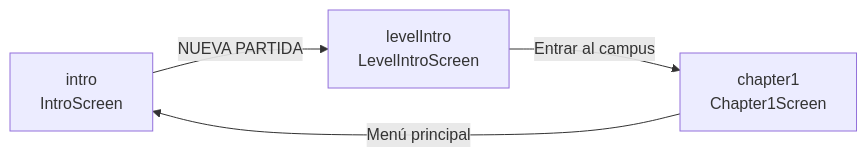
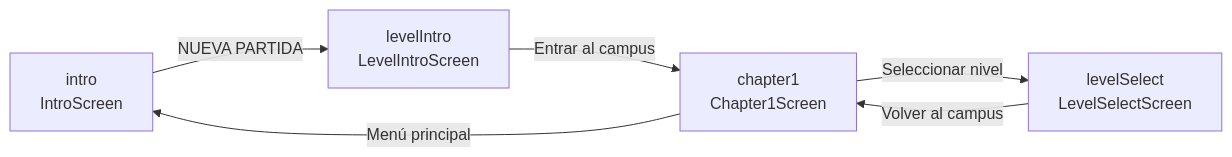
Before and after one commit to SantiagoBetancurZa/genially-game: the diagram in docs/screen-flow.md, drawn with Mermaid. The commit also changed other lines of this file and 20 other files, not shown here.

Commit message:
feat: level select screen, assets pipeline thumb-02 rename, public assets

````diff
--- a/docs/screen-flow.md
+++ b/docs/screen-flow.md
@@ -7,6 +7,8 @@
 ```mermaid
 graph LR
   intro[intro<br/>IntroScreen] -->|NUEVA PARTIDA| levelIntro[levelIntro<br/>LevelIntroScreen]
   levelIntro -->|Entrar al campus| chapter1[chapter1<br/>Chapter1Screen]
+  chapter1 -->|Seleccionar nivel| levelSelect[levelSelect<br/>LevelSelectScreen]
+  levelSelect -->|Volver al campus| chapter1
   chapter1 -->|Menú principal| intro
 ```
````
